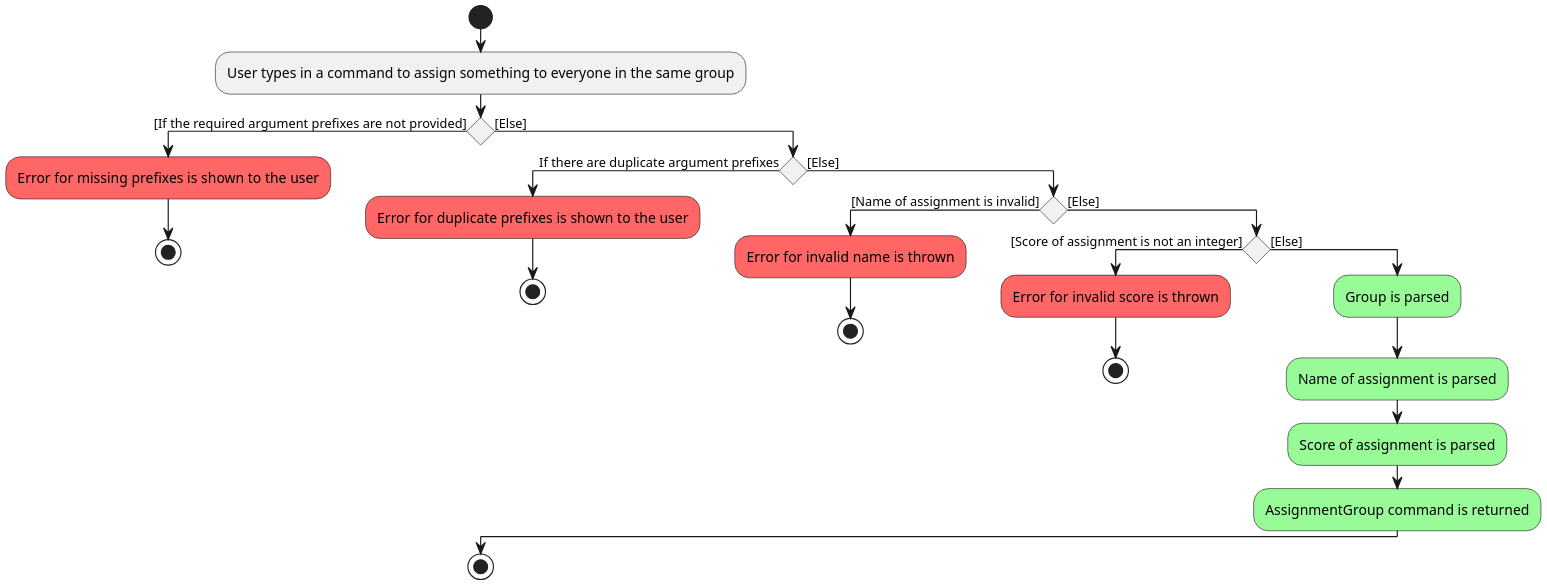
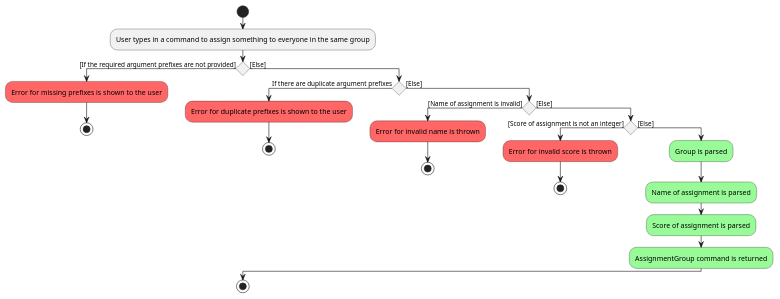
The diagram in docs/diagrams/AssignGroupParserActivityDiagram.puml (proto-aiken-13/tp), drawn with PlantUML before and after one commit. The commit also changed 3 other files, not shown here.

Commit message:
Fix DG Activity Diagram

```diff
--- a/docs/diagrams/AssignGroupParserActivityDiagram.puml
+++ b/docs/diagrams/AssignGroupParserActivityDiagram.puml
@@ -1,34 +1,33 @@
 @startuml
-scale 2.0
 'https://plantuml.com/activity-diagram-beta
 
 start
 :User types in a command to assign something to everyone in the same group;
 
 if () then ([If the required argument prefixes are not provided])
       #FF6666:Error for missing prefixes is shown to the user;
       stop
 else ([Else])
     if () then (If there are duplicate argument prefixes)
         #FF6666:Error for duplicate prefixes is shown to the user;
         stop
     else ([Else])
         if () then ([Name of assignment is invalid])
             #FF6666:Error for invalid name is thrown;
             stop
         else ([Else])
             if () then ([Score of assignment is not an integer])
                 #FF6666:Error for invalid score is thrown;
                 stop
             else ([Else])
                #palegreen:Group is parsed;
                #palegreen:Name of assignment is parsed;
                #palegreen:Score of assignment is parsed;
                #palegreen:AssignmentGroup command is returned;
             endif
         endif
     endif
 endif
 
 stop
 @enduml
```
